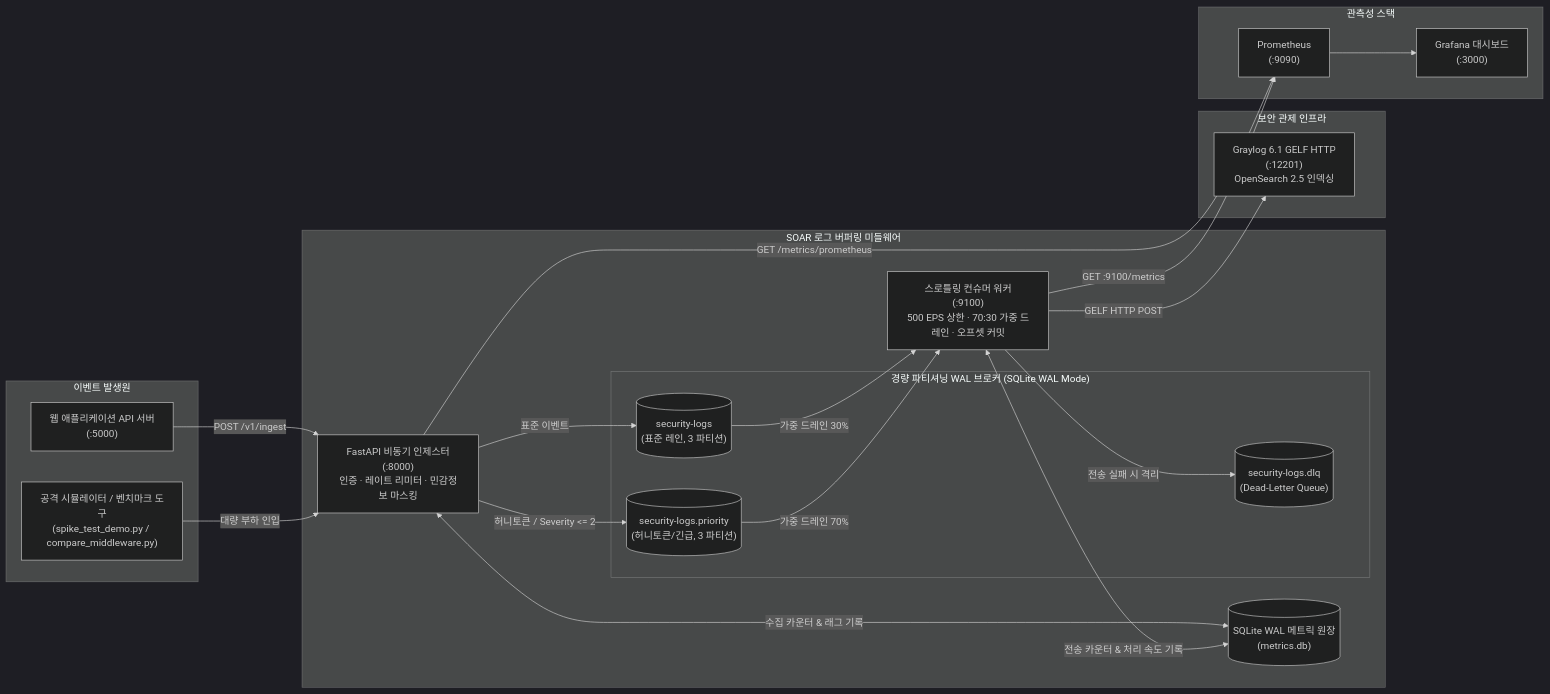
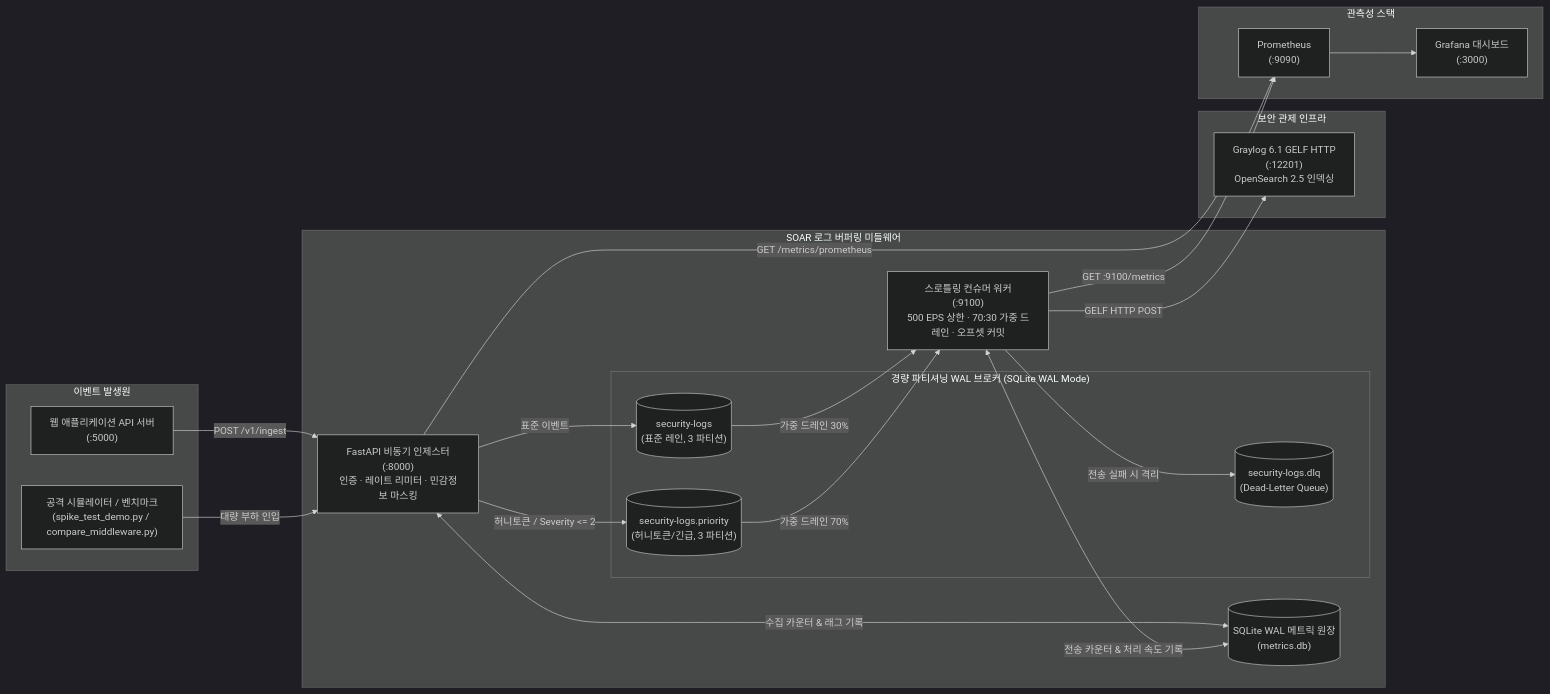
Before and after one commit to altdmfk/network-team03: the diagram in scenario2-middleware/README.md, drawn with Mermaid (dark theme). The commit also changed other lines of this file and 2 other files, not shown here.

````diff
--- a/scenario2-middleware/README.md
+++ b/scenario2-middleware/README.md
@@ -137,43 +122,43 @@
 ```mermaid
 flowchart LR
     subgraph Producers["이벤트 발생원"]
         A["웹 애플리케이션 API 서버<br/>(:5000)"]
-        B["공격 시뮬레이터 / 벤치마크 도구<br/>(spike_test_demo.py / compare_middleware.py)"]
+        B["공격 시뮬레이터 / 벤치마크<br/>(spike_test_demo.py / compare_middleware.py)"]
     end
 
     subgraph Middleware["SOAR 로그 버퍼링 미들웨어"]
         D["FastAPI 비동기 인제스터<br/>(:8000)<br/>인증 · 레이트 리미터 · 민감정보 마스킹"]
         
         subgraph LightweightBroker["경량 파티셔닝 WAL 브로커 (SQLite WAL Mode)"]
             E1[("security-logs<br/>(표준 레인, 3 파티션)")]
             E2[("security-logs.priority<br/>(허니토큰/긴급, 3 파티션)")]
             E3[("security-logs.dlq<br/>(Dead-Letter Queue)")]
         end
 
         F["스로틀링 컨슈머 워커<br/>(:9100)<br/>500 EPS 상한 · 70:30 가중 드레인 · 오프셋 커밋"]
         G[("SQLite WAL 메트릭 원장<br/>(metrics.db)")]
     end
 
     subgraph SIEM["보안 관제 인프라"]
         I["Graylog 6.1 GELF HTTP<br/>(:12201)<br/>OpenSearch 2.5 인덱싱"]
     end
 
     subgraph Observability["관측성 스택"]
         J["Prometheus<br/>(:9090)"]
         K["Grafana 대시보드<br/>(:3000)"]
     end
 
     A -->|POST /v1/ingest| D
     B -->|대량 부하 인입| D
     D -->|표준 이벤트| E1
     D -->|허니토큰 / Severity <= 2| E2
     E1 -->|가중 드레인 30%| F
     E2 -->|가중 드레인 70%| F
     F -->|GELF HTTP POST| I
     F -->|전송 실패 시 격리| E3
     D <-->|수집 카운터 & 래그 기록| G
     F <-->|전송 카운터 & 처리 속도 기록| G
     D -->|GET /metrics/prometheus| J
     F -->|GET :9100/metrics| J
     J --> K
 ```
````
